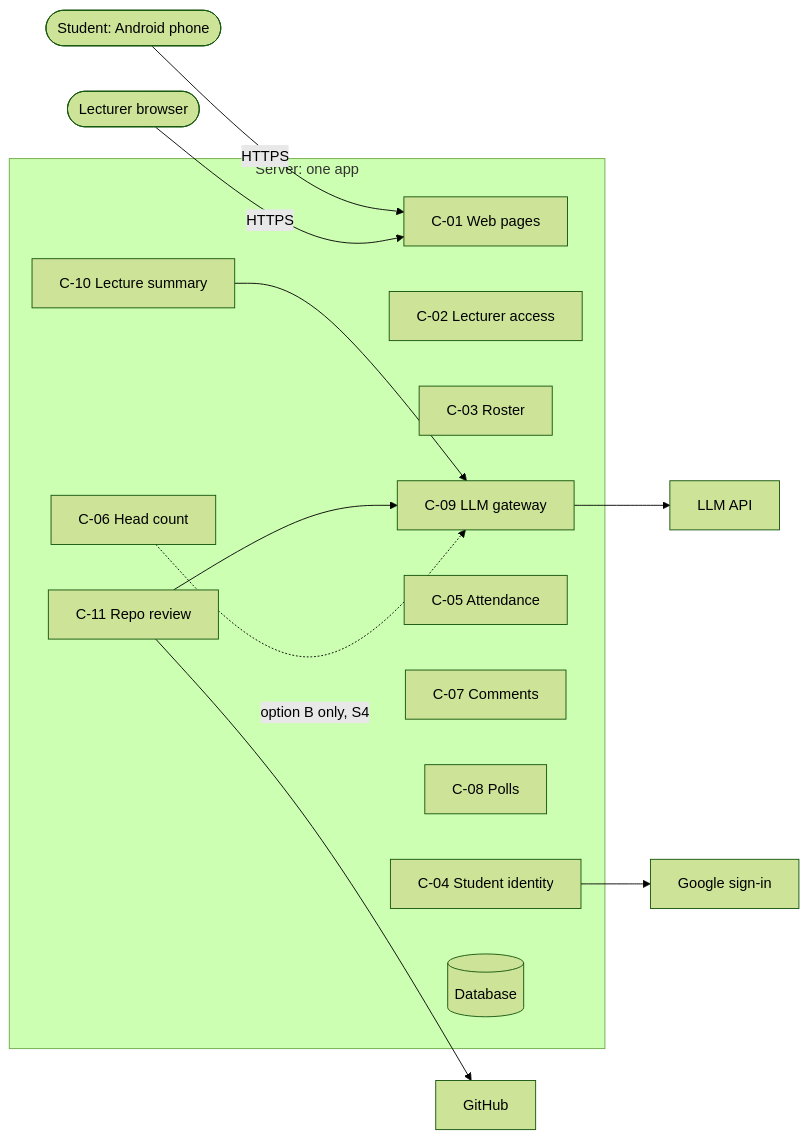
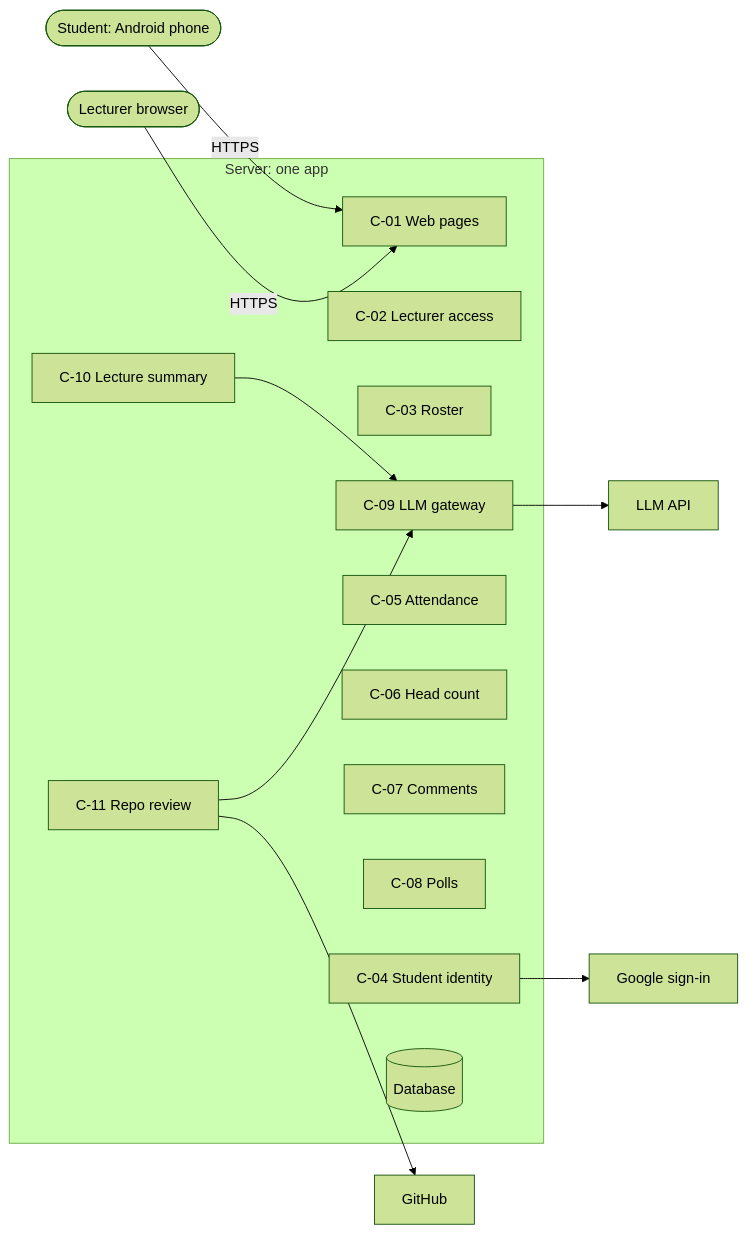
The first of 2 diagrams in docs/sdd.md (Gashaw-ambaw/Ex2), drawn with Mermaid (forest theme) before and after one commit. The commit also changed other lines of this file and 8 other files, not shown here.

````diff
--- a/docs/sdd.md
+++ b/docs/sdd.md
@@ -20,25 +19,24 @@
 ```mermaid
 flowchart LR
   subgraph Server["Server: one app"]
     C01[C-01 Web pages]
     C02[C-02 Lecturer access]
     C03[C-03 Roster]
     C04[C-04 Student identity]
     C05[C-05 Attendance]
     C06[C-06 Head count]
     C07[C-07 Comments]
     C08[C-08 Polls]
     C09[C-09 LLM gateway]
     C10[C-10 Lecture summary]
     C11[C-11 Repo review]
     DB[(Database)]
   end
   ST([Student: Android phone]) -->|HTTPS| C01
   LE([Lecturer browser]) -->|HTTPS| C01
   C04 --> G[Google sign-in]
   C10 --> C09
   C11 --> C09
-  C06 -.->|option B only, S4| C09
   C09 --> LLM[LLM API]
   C11 --> GH[GitHub]
 ```
````
